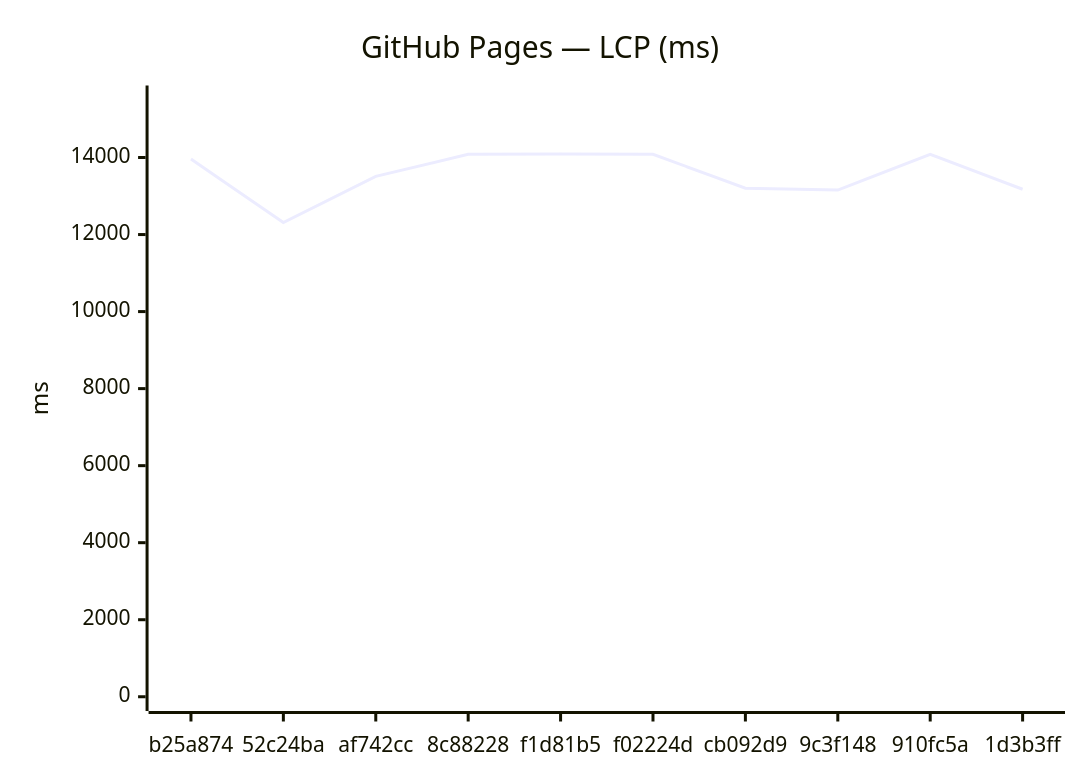
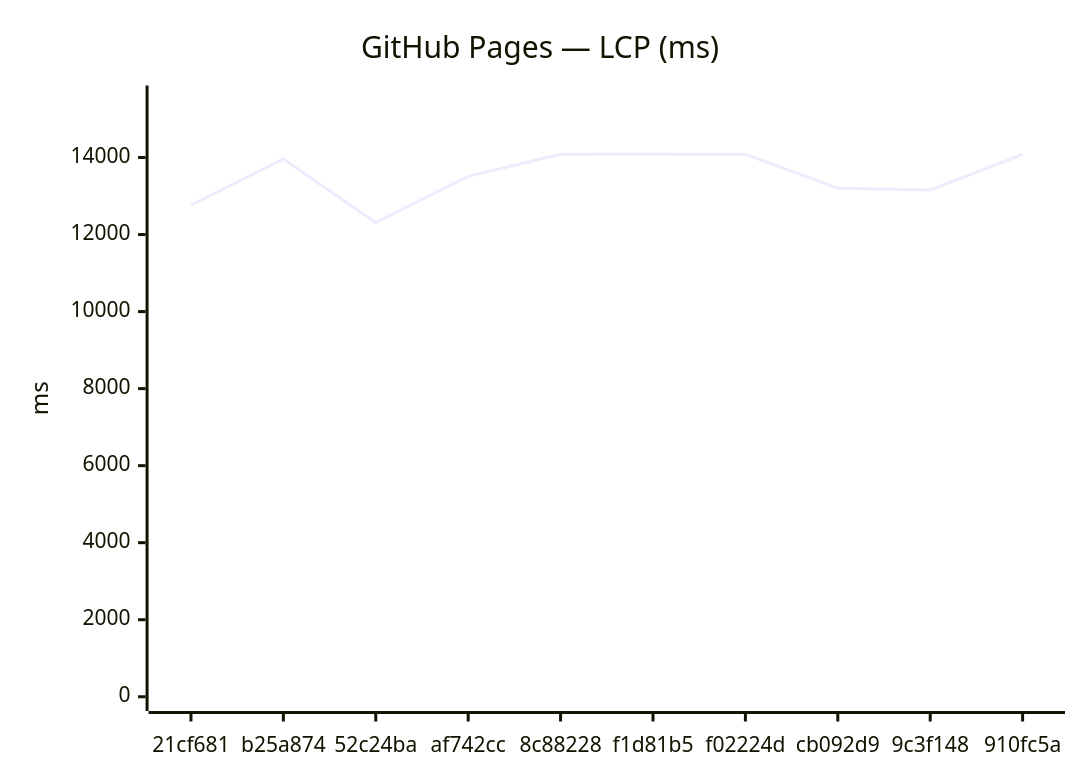
One commit to Metaheurist/Rianell changed the third of 18 diagrams in benchmarks/compare.md. Above: the diagram before and after it, drawn with Mermaid. The commit also changed other lines of this file and 11 other files, not shown here.

````diff
--- a/benchmarks/compare.md
+++ b/benchmarks/compare.md
@@ -54,7 +54,7 @@
 ```mermaid
 xychart-beta
     title "GitHub Pages — LCP (ms)"
-    x-axis ["b25a874", "52c24ba", "af742cc", "8c88228", "f1d81b5", "f02224d", "cb092d9", "9c3f148", "910fc5a", "1d3b3ff"]
+    x-axis ["21cf681", "b25a874", "52c24ba", "af742cc", "8c88228", "f1d81b5", "f02224d", "cb092d9", "9c3f148", "910fc5a"]
     y-axis "ms" 0 --> 15500
-    line [13959, 12313, 13510, 14082, 14090, 14084, 13204, 13156, 14081, 13177]
+    line [12763, 13959, 12313, 13510, 14082, 14090, 14084, 13204, 13156, 14081]
 ```
````
